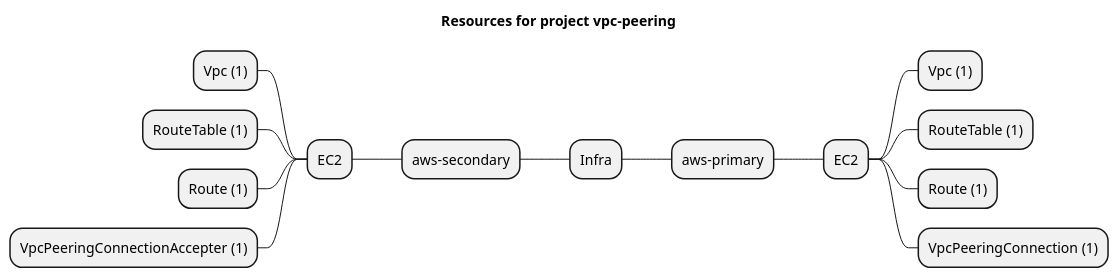
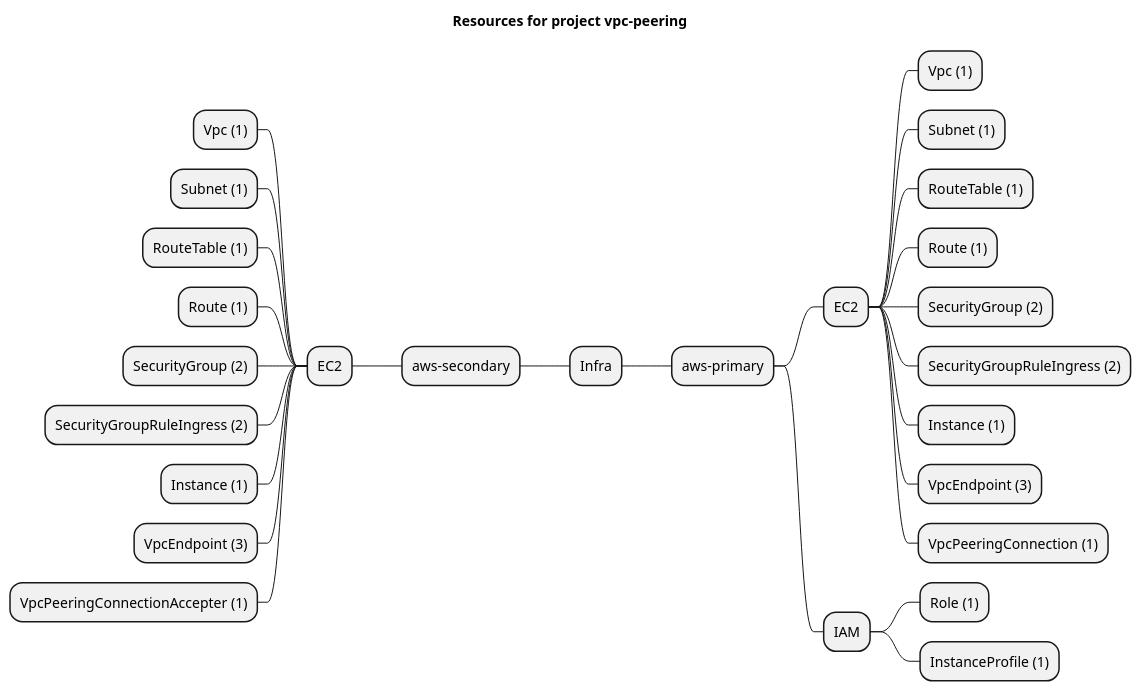
One commit to grucloud/grucloud changed the diagram in examples/aws/EC2/vpc-peering/artifacts/resources-mindmap.puml. Above: the diagram before and after it, drawn with PlantUML. The commit also changed 29 other files, not shown here.

Commit message:
aws vpc endpoint name prefixed with vpc

```diff
--- a/examples/aws/EC2/vpc-peering/artifacts/resources-mindmap.puml
+++ b/examples/aws/EC2/vpc-peering/artifacts/resources-mindmap.puml
@@ -1,17 +1,30 @@
 @startmindmap
 title Resources for project vpc-peering
 skinparam monochrome true
 + Infra
 ++ aws-primary
 +++ EC2
 ++++ Vpc (1)
+++++ Subnet (1)
 ++++ RouteTable (1)
 ++++ Route (1)
+++++ SecurityGroup (2)
+++++ SecurityGroupRuleIngress (2)
+++++ Instance (1)
+++++ VpcEndpoint (3)
 ++++ VpcPeeringConnection (1)
++++ IAM
+++++ Role (1)
+++++ InstanceProfile (1)
 -- aws-secondary
 --- EC2
 ---- Vpc (1)
+---- Subnet (1)
 ---- RouteTable (1)
 ---- Route (1)
+---- SecurityGroup (2)
+---- SecurityGroupRuleIngress (2)
+---- Instance (1)
+---- VpcEndpoint (3)
 ---- VpcPeeringConnectionAccepter (1)
 @endmindmap
```
